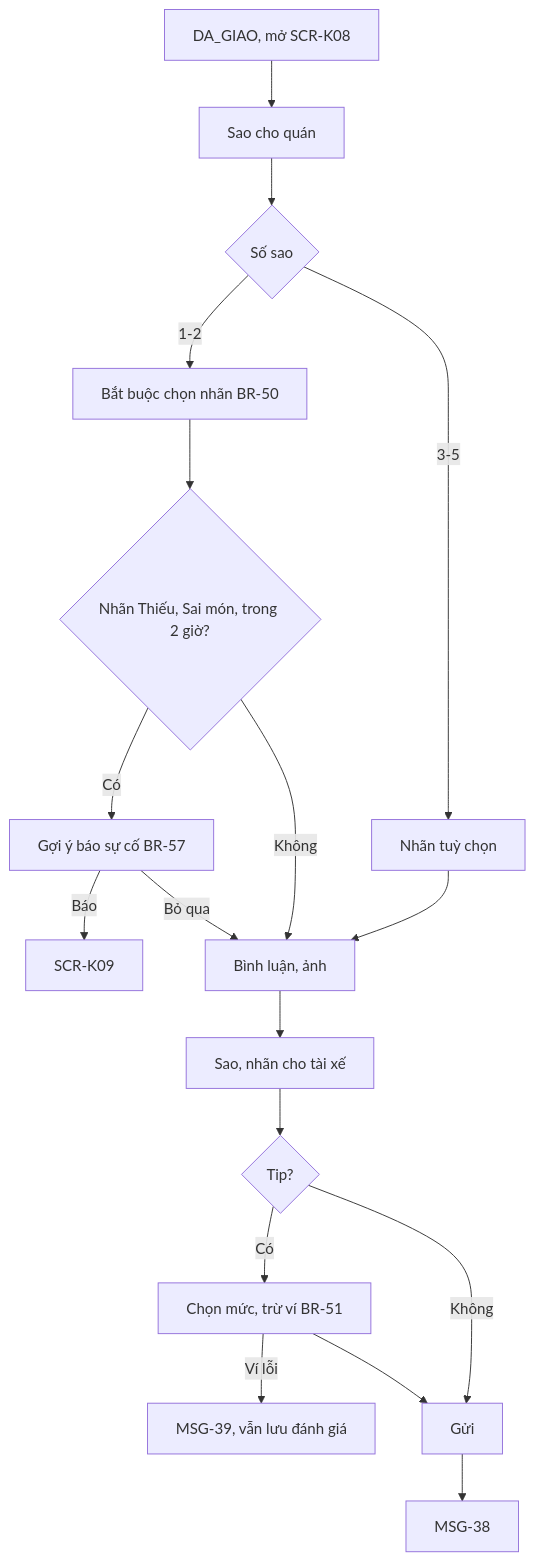
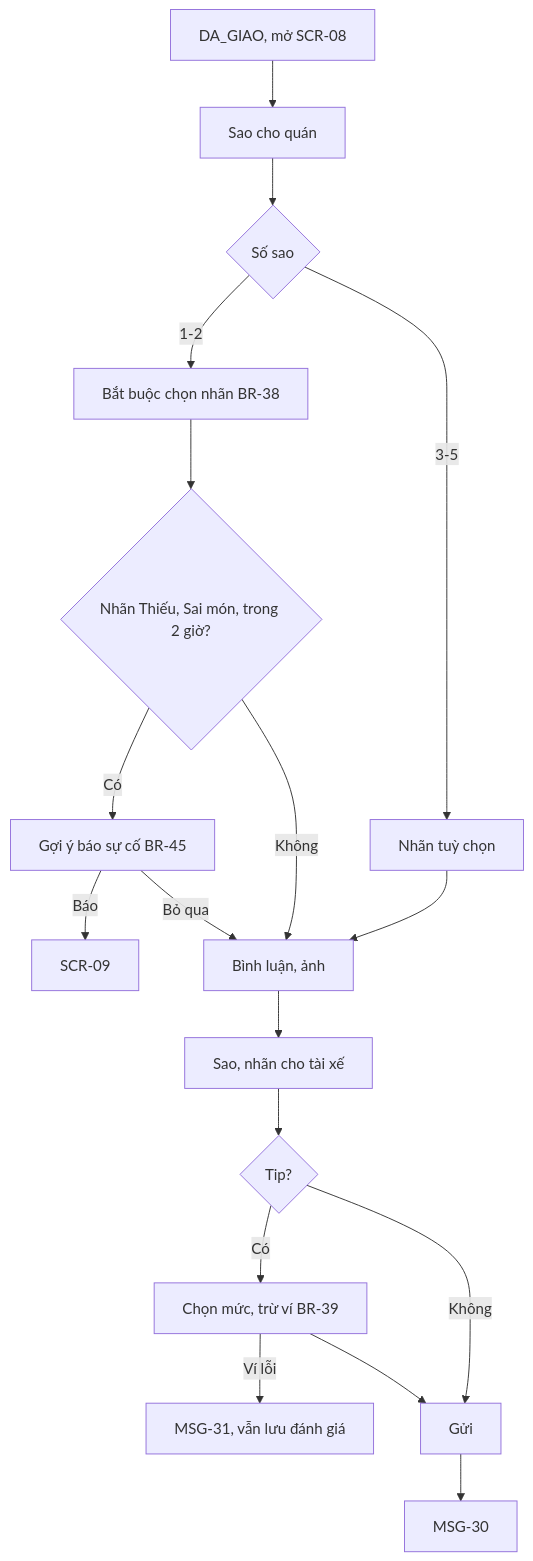
One commit to uxfoundation-vn/de06-dat-ship-do-an changed the tenth of 15 diagrams in docs/SRS.md. Above: the diagram before and after it, drawn with Mermaid. The commit also changed other lines of this file and 2 other files, not shown here.

````diff
--- a/docs/SRS.md
+++ b/docs/SRS.md
@@ -776,20 +552,20 @@
 ```mermaid
 flowchart TD
-  A["DA_GIAO, mở SCR-K08"] --> B["Sao cho quán"]
+  A["DA_GIAO, mở SCR-08"] --> B["Sao cho quán"]
   B --> C{"Số sao"}
-  C -->|1-2| D["Bắt buộc chọn nhãn BR-50"]
+  C -->|1-2| D["Bắt buộc chọn nhãn BR-38"]
   C -->|3-5| E["Nhãn tuỳ chọn"]
   D --> F{"Nhãn Thiếu, Sai món, trong 2 giờ?"}
-  F -->|Có| G["Gợi ý báo sự cố BR-57"]
-  G -->|Báo| H["SCR-K09"]
+  F -->|Có| G["Gợi ý báo sự cố BR-45"]
+  G -->|Báo| H["SCR-09"]
   G -->|Bỏ qua| I
   F -->|Không| I["Bình luận, ảnh"]
   E --> I
   I --> J["Sao, nhãn cho tài xế"]
   J --> K{"Tip?"}
-  K -->|Có| L["Chọn mức, trừ ví BR-51"]
-  L -->|Ví lỗi| L1["MSG-39, vẫn lưu đánh giá"]
+  K -->|Có| L["Chọn mức, trừ ví BR-39"]
+  L -->|Ví lỗi| L1["MSG-31, vẫn lưu đánh giá"]
   K -->|Không| M["Gửi"]
   L --> M
-  M --> N["MSG-38"]
+  M --> N["MSG-30"]
 ```
````
